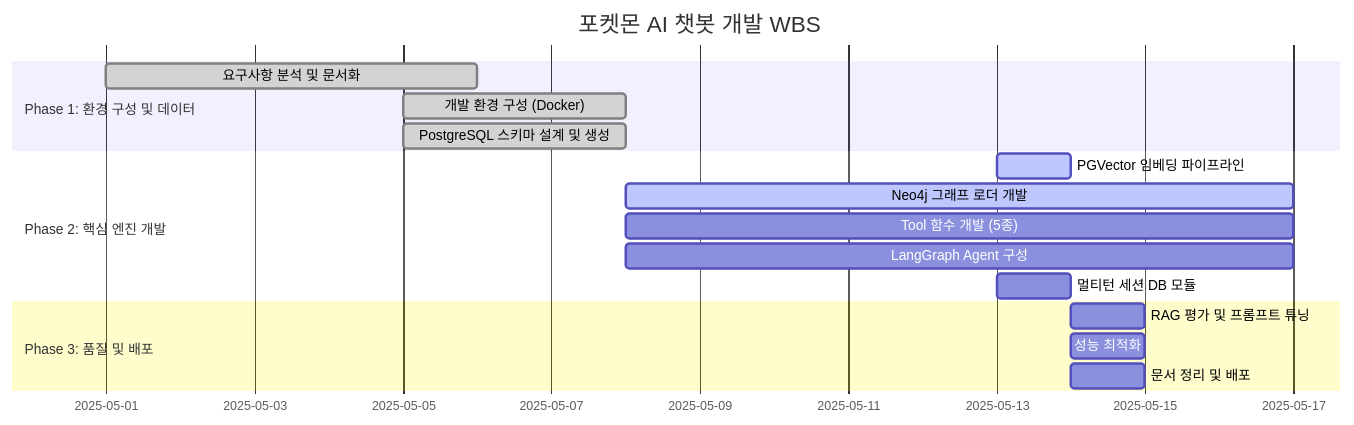
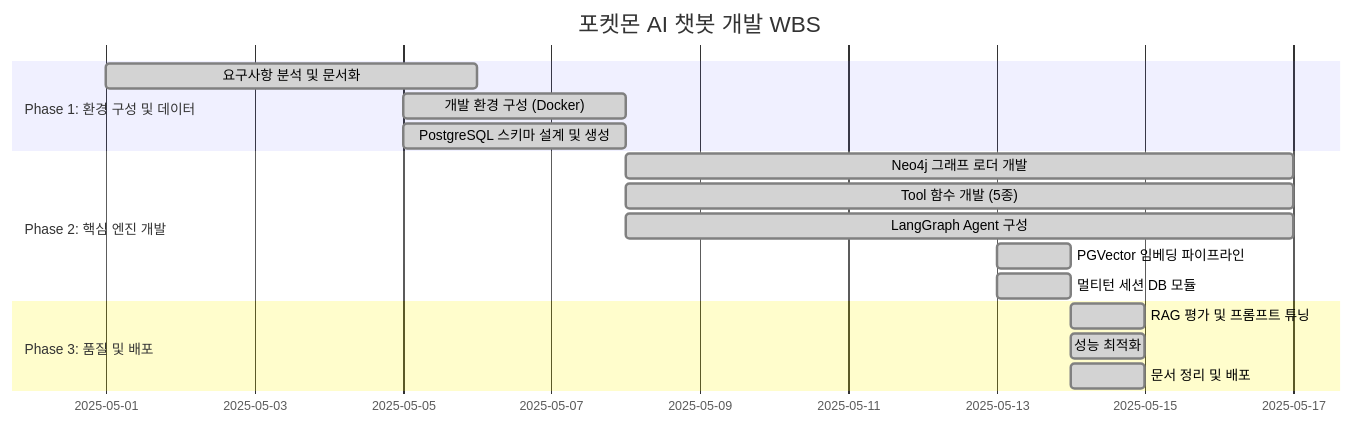
One commit to SKNETWORKS-FAMILY-AICAMP/SKN27-3rd-3TEAM changed the diagram in docs/챗봇/09_WBS.md. Above: the diagram before and after it, drawn with Mermaid.

````diff
--- a/docs/챗봇/09_WBS.md
+++ b/docs/챗봇/09_WBS.md
@@ -12,21 +12,21 @@
 ```mermaid
 gantt
     title 포켓몬 AI 챗봇 개발 WBS
     dateFormat  YYYY-MM-DD
     section Phase 1: 환경 구성 및 데이터
         요구사항 분석 및 문서화         :done,    p1-1, 2025-05-01, 5d
         개발 환경 구성 (Docker)         :done,    p1-2, 2025-05-05, 3d
         PostgreSQL 스키마 설계 및 생성  :done,    p1-3, 2025-05-05, 3d
 
     section Phase 2: 핵심 엔진 개발
-        PGVector 임베딩 파이프라인     :active,  p2-1, 2025-05-13, 1d
-        Neo4j 그래프 로더 개발         :active,  p2-2, 2025-05-08, 9d
-        Tool 함수 개발 (5종)           :         p2-3, 2025-05-08, 9d
-        LangGraph Agent 구성          :         p2-4, 2025-05-08, 9d
-        멀티턴 세션 DB 모듈            :         p2-5, 2025-05-13, 1d
+        Neo4j 그래프 로더 개발         :done,  p2-2, 2025-05-08, 9d
+        Tool 함수 개발 (5종)           :done,     p2-3, 2025-05-08, 9d
+        LangGraph Agent 구성          :done,        p2-4, 2025-05-08, 9d
+        PGVector 임베딩 파이프라인     :done,  p2-1, 2025-05-13, 1d
+        멀티턴 세션 DB 모듈            :done,p2-5, 2025-05-13, 1d
 
     section Phase 3: 품질 및 배포
-        RAG 평가 및 프롬프트 튜닝       :         p4-1, 2025-05-14, 1d
-        성능 최적화                    :         p4-2, 2025-05-14, 1d
-        문서 정리 및 배포              :         p4-3, 2025-05-14, 1d
+        RAG 평가 및 프롬프트 튜닝       :done,         p4-1, 2025-05-14, 1d
+        성능 최적화                    :done,         p4-2, 2025-05-14, 1d
+        문서 정리 및 배포              :done,         p4-3, 2025-05-14, 1d
 ```
````
